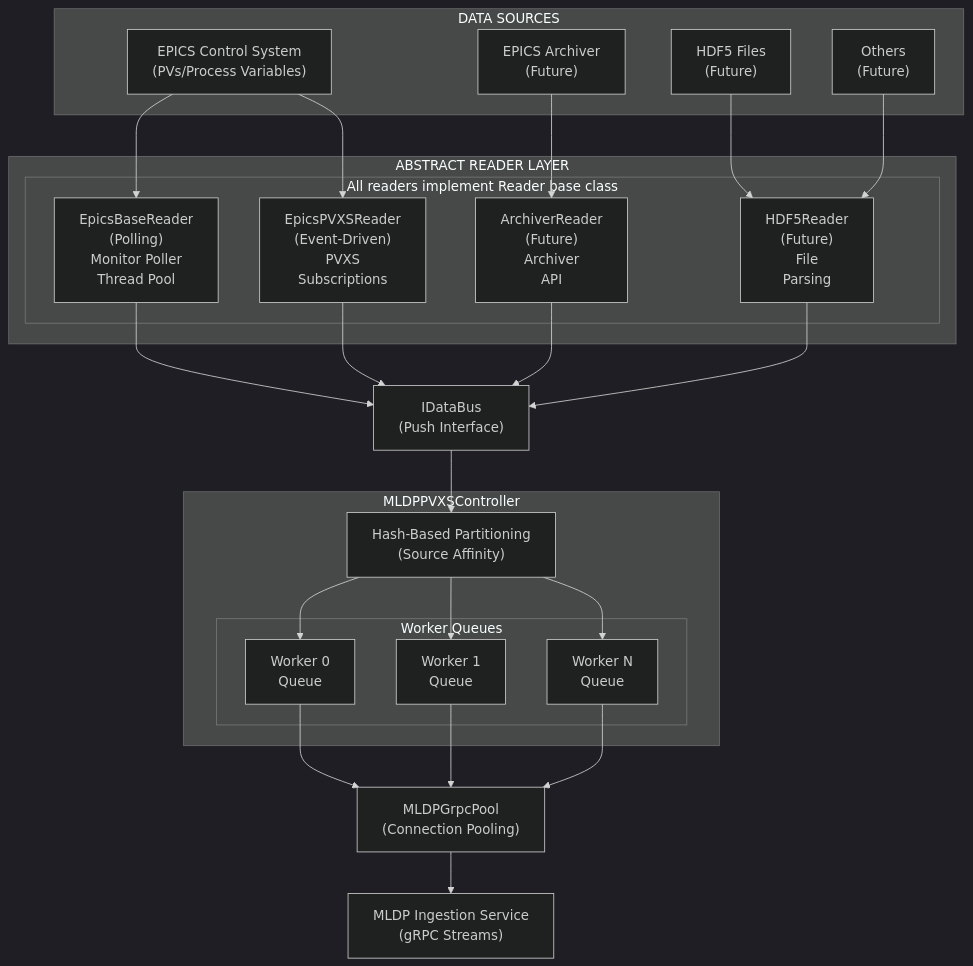
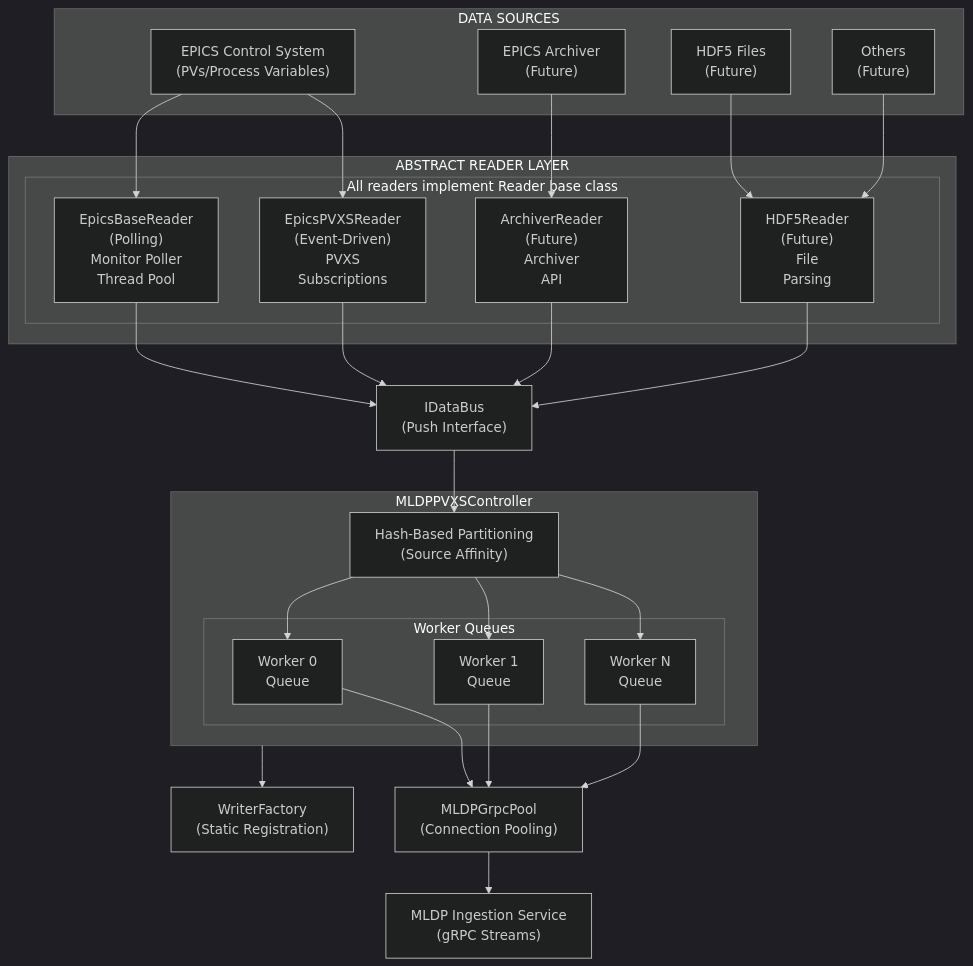
The first of 3 diagrams in docs/architecture.md (slaclab/mldp-pvxs-driver), drawn with Mermaid (dark theme) before and after one commit. The commit also changed other lines of this file and 11 other files, not shown here.

````diff
--- a/docs/architecture.md
+++ b/docs/architecture.md
@@ -11,54 +11,56 @@
 ```mermaid
 flowchart TB
     subgraph DataSources["DATA SOURCES"]
         DS1["EPICS Control System<br/>(PVs/Process Variables)"]
         DS2["EPICS Archiver<br/>(Future)"]
         DS3["HDF5 Files<br/>(Future)"]
         DS4["Others<br/>(Future)"]
     end
 
     subgraph ReaderLayer["ABSTRACT READER LAYER"]
         subgraph Readers["All readers implement Reader base class"]
             R1["EpicsBaseReader<br/>(Polling)<br/>Monitor Poller<br/>Thread Pool"]
             R2["EpicsPVXSReader<br/>(Event-Driven)<br/>PVXS<br/>Subscriptions"]
             R3["ArchiverReader<br/>(Future)<br/>Archiver<br/>API"]
             R4["HDF5Reader<br/>(Future)<br/>File<br/>Parsing"]
         end
     end
 
     IDataBus["IDataBus<br/>(Push Interface)"]
+    WriterFactory["WriterFactory<br/>(Static Registration)"]
 
     subgraph Controller["MLDPPVXSController"]
         HashPart["Hash-Based Partitioning<br/>(Source Affinity)"]
         subgraph Workers["Worker Queues"]
             W0["Worker 0<br/>Queue"]
             W1["Worker 1<br/>Queue"]
             WN["Worker N<br/>Queue"]
         end
     end
 
     GrpcPool["MLDPGrpcPool<br/>(Connection Pooling)"]
     MLDPService["MLDP Ingestion Service<br/>(gRPC Streams)"]
 
     DS1 --> R1
     DS2 --> R3
     DS3 --> R4
     DS4 --> R4
     DS1 --> R2
 
     R1 --> IDataBus
     R2 --> IDataBus
     R3 --> IDataBus
     R4 --> IDataBus
 
     IDataBus --> HashPart
     HashPart --> W0
     HashPart --> W1
     HashPart --> WN
 
     W0 --> GrpcPool
     W1 --> GrpcPool
     WN --> GrpcPool
 
     GrpcPool --> MLDPService
+    Controller --> WriterFactory
 ```
````
